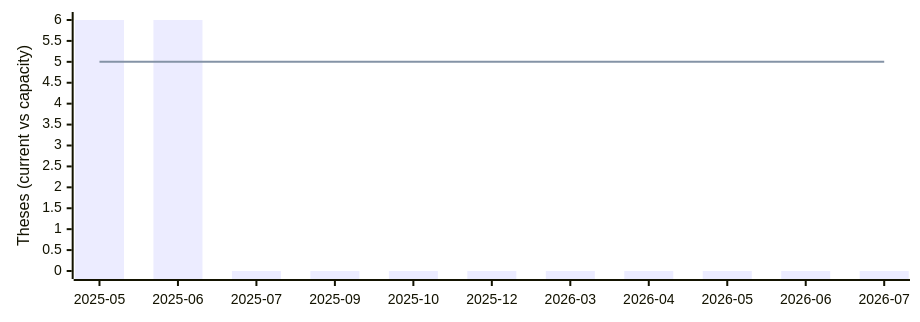
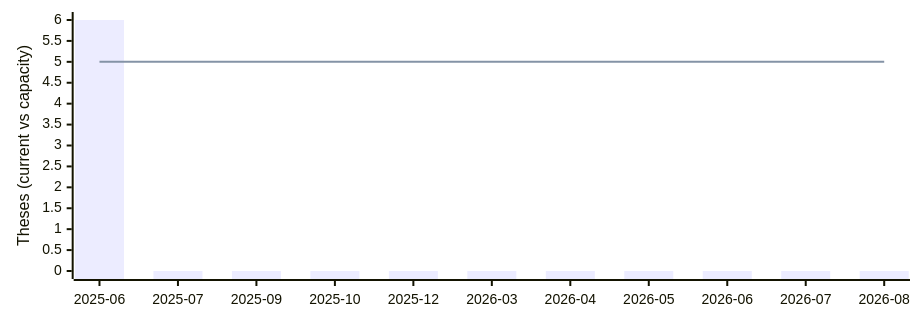
Before and after one commit to fs-ise/theses: the diagram in _includes/availability.md, drawn with Mermaid.

Commit message:
Update availability chart

````diff
--- a/_includes/availability.md
+++ b/_includes/availability.md
@@ -2,13 +2,13 @@
 ```mermaid
 ---
 config:
     xyChart:
         width: 900
         height: 300
 ---
 xychart-beta
-    x-axis [2025-05, 2025-06, 2025-07, 2025-09, 2025-10, 2025-12, 2026-03, 2026-04, 2026-05, 2026-06, 2026-07]
+    x-axis [2025-06, 2025-07, 2025-09, 2025-10, 2025-12, 2026-03, 2026-04, 2026-05, 2026-06, 2026-07, 2026-08]
     y-axis "Theses (current vs capacity)" 0 --> 6
-    bar [6, 6, 0, 0, 0, 0, 0, 0, 0, 0, 0]
+    bar [6, 0, 0, 0, 0, 0, 0, 0, 0, 0, 0]
     line [5, 5, 5, 5, 5, 5, 5, 5, 5, 5, 5]
 ```
````
